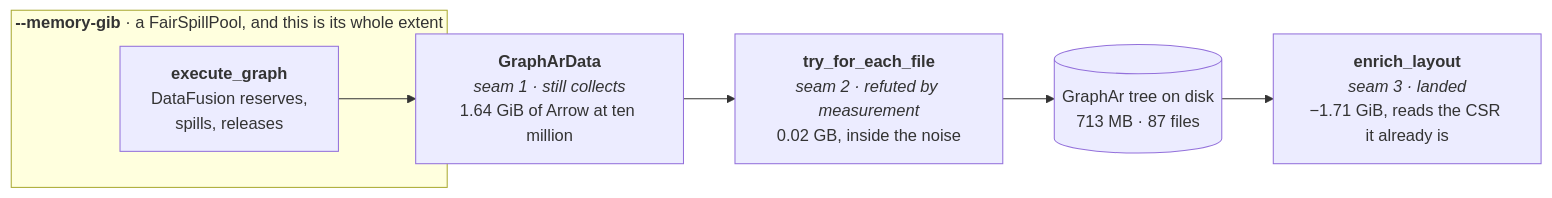
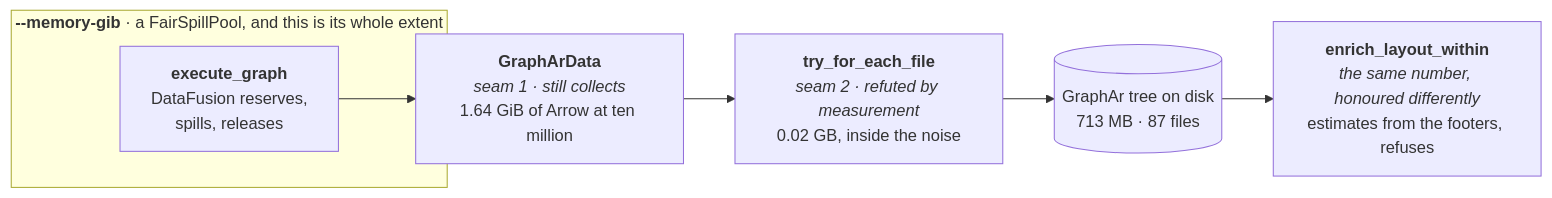
One commit to Kanzo-Tech/fossil-lang changed the diagram in apps/docs/content/docs/design/streaming.mdx. Above: the diagram before and after it, drawn with Mermaid. The commit also changed other lines of this file and 3 other files, not shown here.

````diff
--- a/apps/docs/content/docs/design/streaming.mdx
+++ b/apps/docs/content/docs/design/streaming.mdx
@@ -18,10 +18,10 @@
 ```mermaid
 graph LR
   subgraph POOL["<b>--memory-gib</b> · a FairSpillPool, and this is its whole extent"]
     X["<b>execute_graph</b><br/>DataFusion reserves,<br/>spills, releases"]
   end
   X --> G["<b>GraphArData</b><br/><i>seam 1 · still collects</i><br/>1.64 GiB of Arrow at ten million"]
   G --> F["<b>try_for_each_file</b><br/><i>seam 2 · refuted by measurement</i><br/>0.02 GB, inside the noise"]
   F --> W[("GraphAr tree on disk<br/>713 MB · 87 files")]
-  W --> E["<b>enrich_layout</b><br/><i>seam 3 · landed</i><br/>−1.71 GiB, reads the CSR it already is"]
+  W --> E["<b>enrich_layout_within</b><br/><i>the same number, honoured differently</i><br/>estimates from the footers, refuses"]
 ```
````
